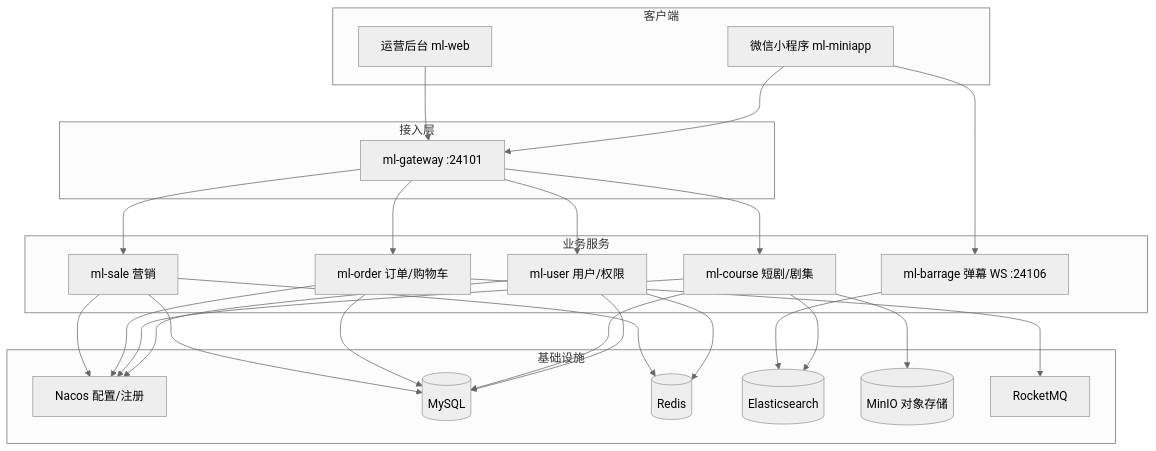
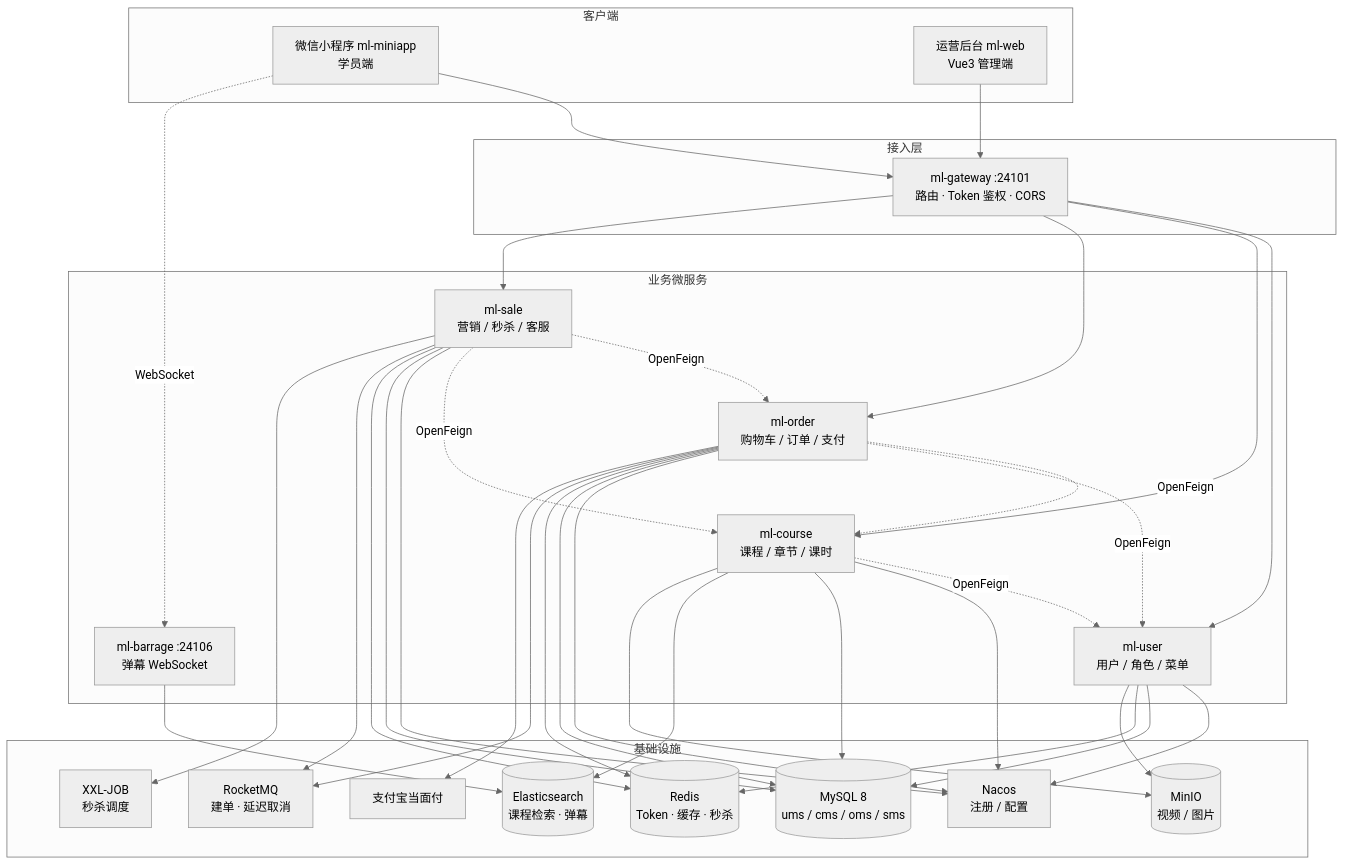
The diagram in README.md (Kim-Guanyu/My-lesson-), drawn with Mermaid (neutral theme) before and after one commit. The commit also changed other lines of this file, not shown here.

````diff
--- a/README.md
+++ b/README.md
@@ -22,39 +57,44 @@
 ```mermaid
 flowchart TB
     subgraph client [客户端]
-        MP[微信小程序 ml-miniapp]
-        WEB[运营后台 ml-web]
+        MP["微信小程序 ml-miniapp<br/>学员端"]
+        WEB["运营后台 ml-web<br/>Vue3 管理端"]
     end
 
     subgraph gateway [接入层]
-        GW[ml-gateway :24101]
+        GW["ml-gateway :24101<br/>路由 · Token 鉴权 · CORS"]
     end
 
-    subgraph services [业务服务]
-        USER[ml-user 用户/权限]
-        COURSE[ml-course 短剧/剧集]
-        ORDER[ml-order 订单/购物车]
-        SALE[ml-sale 营销]
-        BARRAGE[ml-barrage 弹幕 WS :24106]
+    subgraph services [业务微服务]
+        USER["ml-user<br/>用户 / 角色 / 菜单"]
+        COURSE["ml-course<br/>课程 / 章节 / 课时"]
+        ORDER["ml-order<br/>购物车 / 订单 / 支付"]
+        SALE["ml-sale<br/>营销 / 秒杀 / 客服"]
+        BARRAGE["ml-barrage :24106<br/>弹幕 WebSocket"]
     end
 
     subgraph infra [基础设施]
-        NACOS[Nacos 配置/注册]
-        MYSQL[(MySQL)]
-        REDIS[(Redis)]
-        ES[(Elasticsearch)]
-        MINIO[(MinIO 对象存储)]
-        MQ[RocketMQ]
+        NACOS["Nacos<br/>注册 / 配置"]
+        MYSQL[("MySQL 8<br/>ums / cms / oms / sms")]
+        REDIS[("Redis<br/>Token · 缓存 · 秒杀")]
+        ES[("Elasticsearch<br/>课程检索 · 弹幕")]
+        MINIO[("MinIO<br/>视频 / 图片")]
+        MQ["RocketMQ<br/>建单 · 延迟取消"]
+        XXL["XXL-JOB<br/>秒杀调度"]
+        ALIPAY["支付宝当面付"]
     end
 
     MP --> GW
     WEB --> GW
-    MP --> BARRAGE
+    MP -. WebSocket .-> BARRAGE
     GW --> USER & COURSE & ORDER & SALE
+    ORDER -. OpenFeign .-> COURSE & USER
+    COURSE -. OpenFeign .-> USER
+    SALE -. OpenFeign .-> ORDER & COURSE
     USER & COURSE & ORDER & SALE --> NACOS
-    USER --> MYSQL & REDIS
+    USER --> MYSQL & REDIS & MINIO
     COURSE --> MYSQL & ES & MINIO
-    ORDER --> MYSQL & MQ
-    SALE --> MYSQL & REDIS
+    ORDER --> MYSQL & REDIS & MQ & ALIPAY
+    SALE --> MYSQL & REDIS & MQ & XXL
     BARRAGE --> ES
 ```
````
